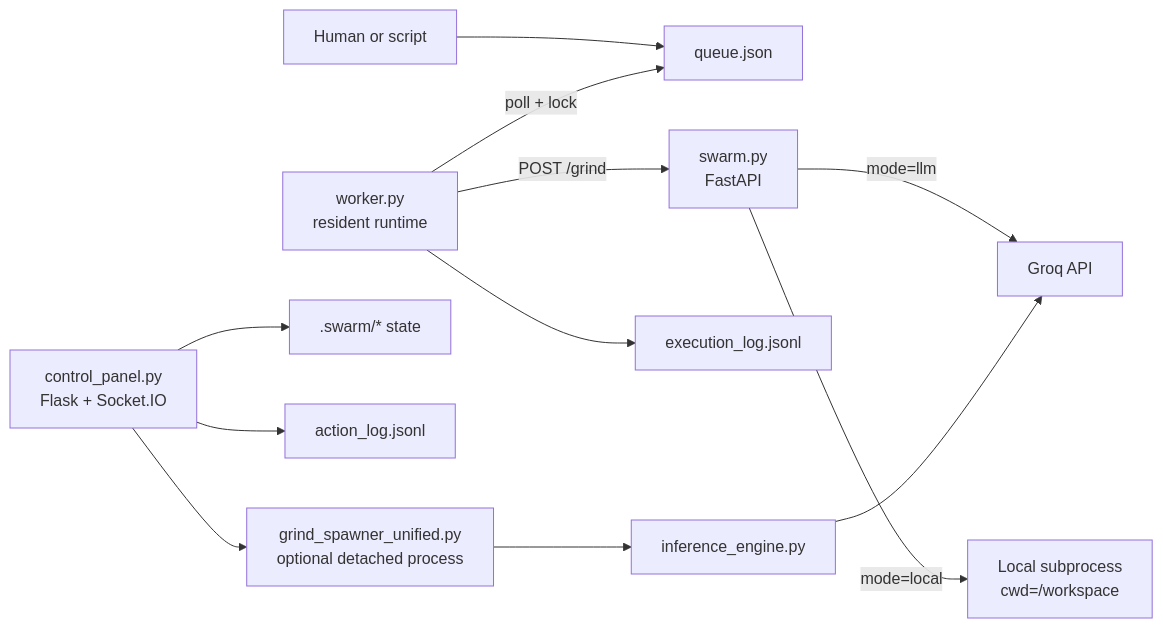
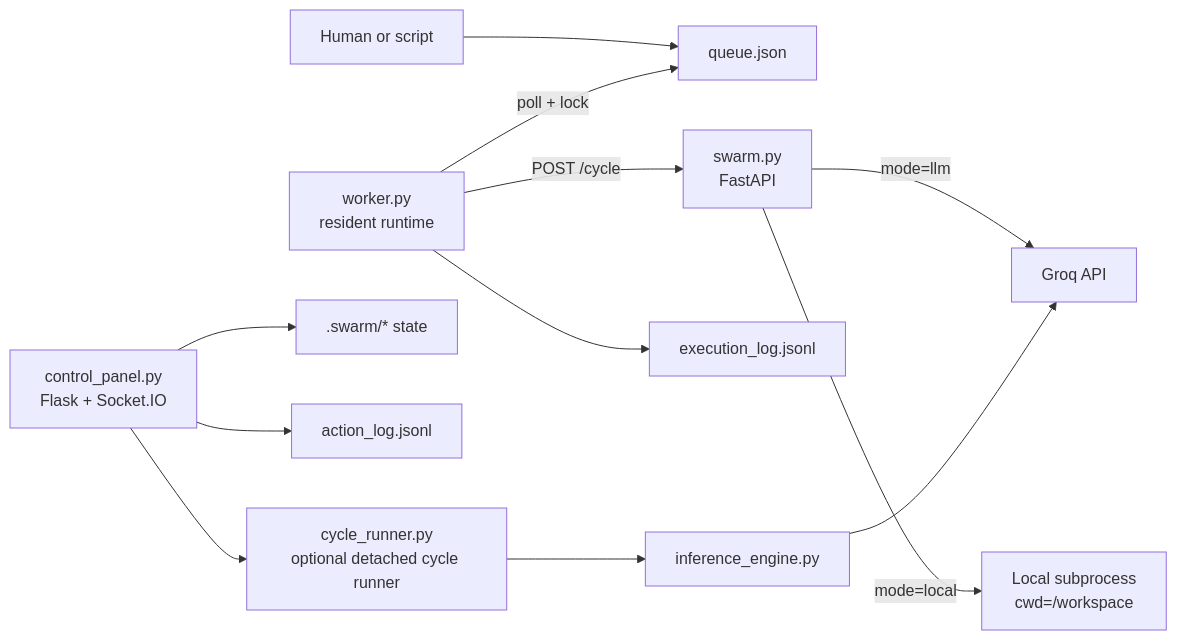
The diagram in README.md (cyberkrunk69/Vivarium), drawn with Mermaid before and after one commit. The commit also changed other lines of this file and 16 other files, not shown here.

Commit message:
reframe runtime from grind to cycle and reset task slate

````diff
--- a/README.md
+++ b/README.md
@@ -58,15 +64,15 @@
 ```mermaid
 flowchart LR
     H[Human or script] --> Q[queue.json]
     W[worker.py<br/>resident runtime] -->|poll + lock| Q
-    W -->|POST /grind| API[swarm.py<br/>FastAPI]
+    W -->|POST /cycle| API[swarm.py<br/>FastAPI]
     API -->|mode=llm| G[Groq API]
     API -->|mode=local| L[Local subprocess<br/>cwd=/workspace]
     W --> EX[execution_log.jsonl]
 
     CP[control_panel.py<br/>Flask + Socket.IO] --> SW[.swarm/* state]
     CP --> AL[action_log.jsonl]
-    CP --> SP[grind_spawner_unified.py<br/>optional detached process]
+    CP --> SP[cycle_runner.py<br/>optional detached cycle runner]
     SP --> IE[inference_engine.py]
     IE --> G
 ```
````
